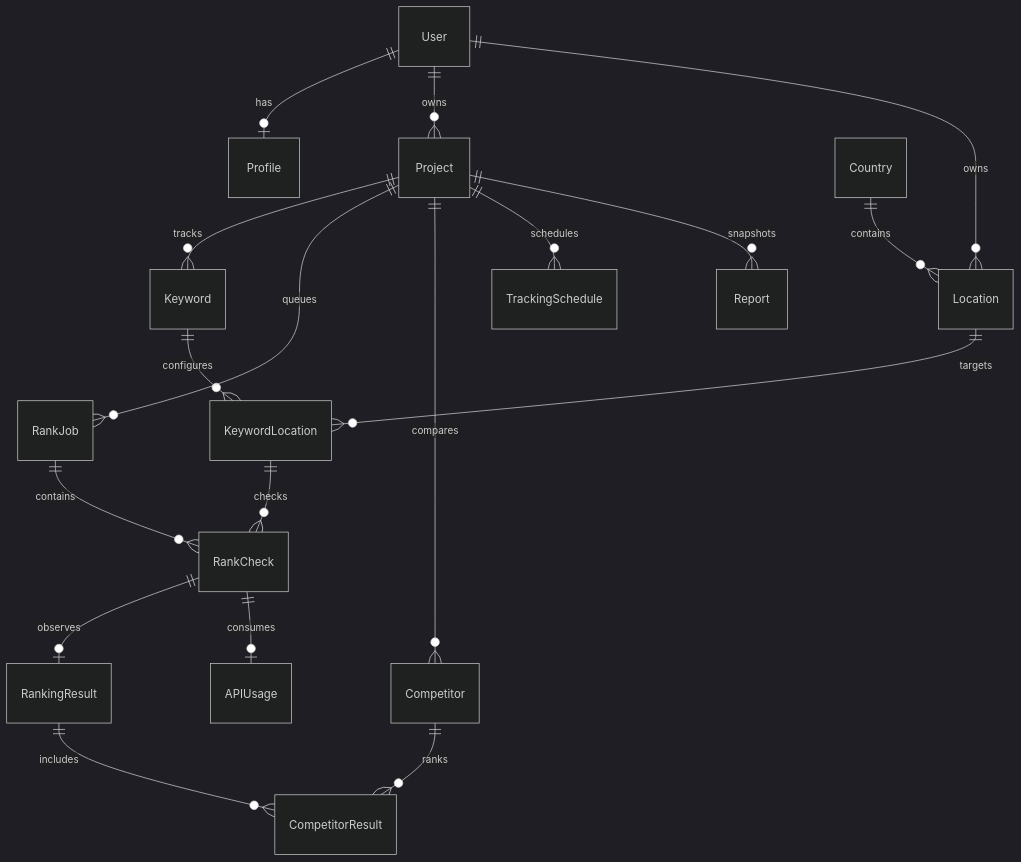
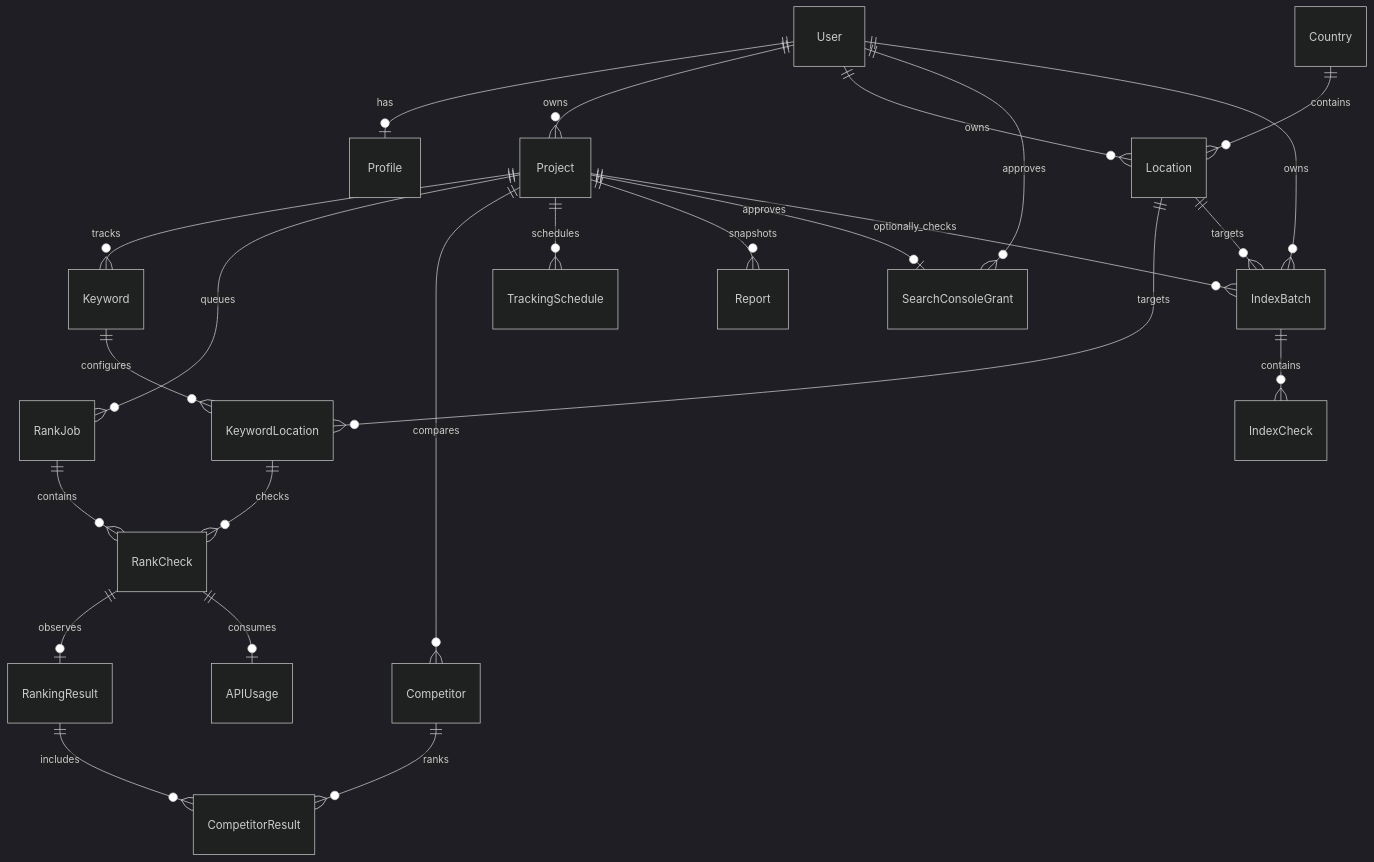
Before and after one commit to TuhinSubhraSikdar/rank-check: the diagram in docs/ER_DIAGRAM.md, drawn with Mermaid (dark theme). The commit also changed 50 other files, not shown here.

````diff
--- a/docs/ER_DIAGRAM.md
+++ b/docs/ER_DIAGRAM.md
@@ -5,20 +5,26 @@
 ```mermaid
 erDiagram
  User ||--o| Profile : has
  User ||--o{ Project : owns
  User ||--o{ Location : owns
  Country ||--o{ Location : contains
  Project ||--o{ Keyword : tracks
  Keyword ||--o{ KeywordLocation : configures
  Location ||--o{ KeywordLocation : targets
  Project ||--o{ RankJob : queues
  RankJob ||--o{ RankCheck : contains
  KeywordLocation ||--o{ RankCheck : checks
  RankCheck ||--o| RankingResult : observes
  Project ||--o{ Competitor : compares
  RankingResult ||--o{ CompetitorResult : includes
  Competitor ||--o{ CompetitorResult : ranks
  RankCheck ||--o| APIUsage : consumes
  Project ||--o{ TrackingSchedule : schedules
  Project ||--o{ Report : snapshots
+ Project ||--o| SearchConsoleGrant : approves
+ User ||--o{ SearchConsoleGrant : approves
+ User ||--o{ IndexBatch : owns
+ Project ||--o{ IndexBatch : optionally_checks
+ Location ||--o{ IndexBatch : targets
+ IndexBatch ||--o{ IndexCheck : contains
 ```
````
